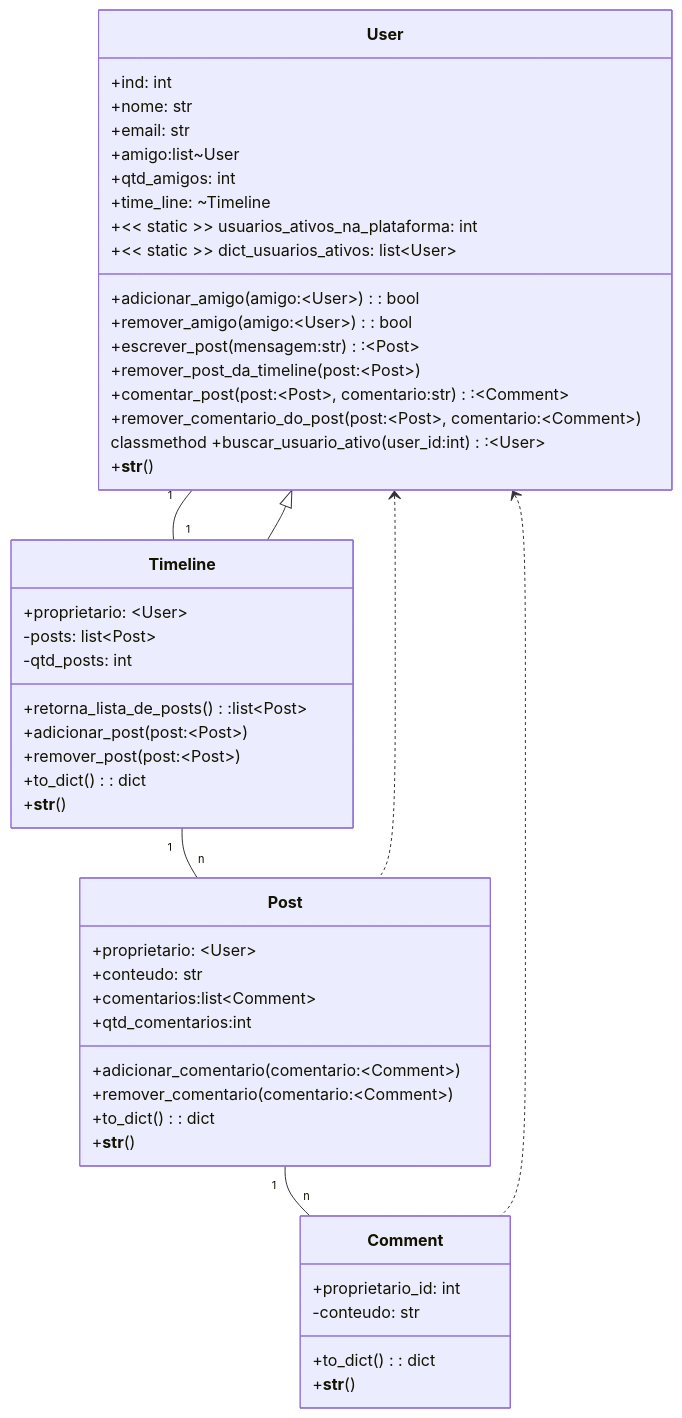
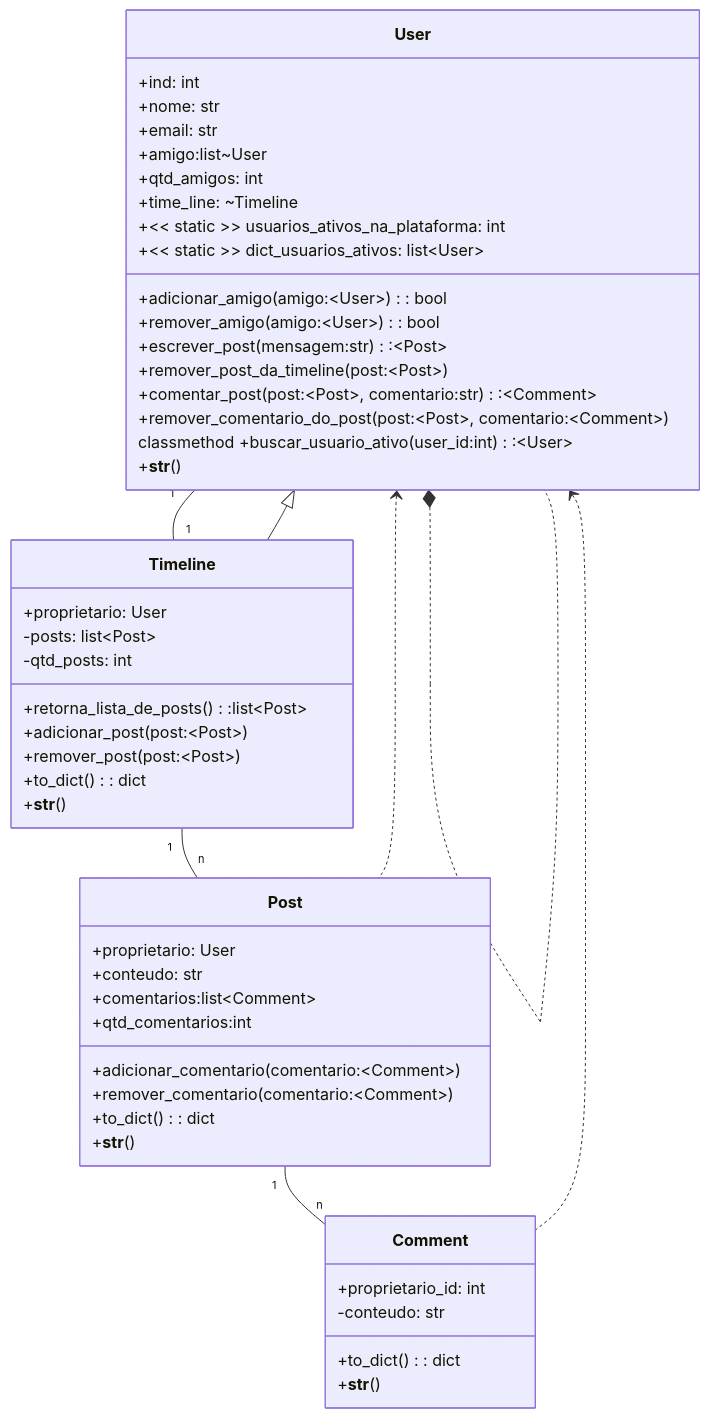
One commit to insper-classroom/agil22_p1 changed the diagram in classes_prova.md. Above: the diagram before and after it, drawn with Mermaid.

Commit message:
diagrama v2

````diff
--- a/classes_prova.md
+++ b/classes_prova.md
@@ -3,55 +3,57 @@
 ```mermaid
 
 classDiagram
 class User {
 +ind: int
 +nome: str
 +email: str
 +amigo:list~User
 +qtd_amigos: int
 +time_line: ~Timeline
 +<< static >> usuarios_ativos_na_plataforma: int
 +<< static >> dict_usuarios_ativos: list~User~
 +adicionar_amigo(amigo:~User~): bool
 +remover_amigo(amigo:~User~): bool
 +escrever_post(mensagem:str):~Post~
 +remover_post_da_timeline(post:~Post~)
 +comentar_post(post:~Post~, comentario:str):~Comment~
 +remover_comentario_do_post(post:~Post~, comentario:~Comment~)
 classmethod +buscar_usuario_ativo(user_id:int):~User~
 +__str__()
 }
 class Timeline {
-+proprietario: ~User~
++proprietario: User
 -posts: list~Post~
 -qtd_posts: int 
 +retorna_lista_de_posts():list~Post~
 +adicionar_post(post:~Post~)
 +remover_post(post:~Post~)
 +to_dict(): dict
 +__str__()
 }
 class Post {
-+proprietario: ~User~
++proprietario: User
 +conteudo: str
 +comentarios:list~Comment~
 +qtd_comentarios:int
 +adicionar_comentario(comentario:~Comment~)
 +remover_comentario(comentario:~Comment~)
 +to_dict(): dict
 +__str__()
 }
 class Comment {
 +proprietario_id: int
 -conteudo: str
 +to_dict(): dict
 +__str__()
 }
-User "1" -- "1" Timeline
+User "1" -- "1" Timeline 
 Timeline "1" -- "n" Post
 Post "1" -- "n" Comment 
 User <|-- Timeline
 User <.. Post
 User <.. Comment
+User *.. User
+
 
 ```
````
